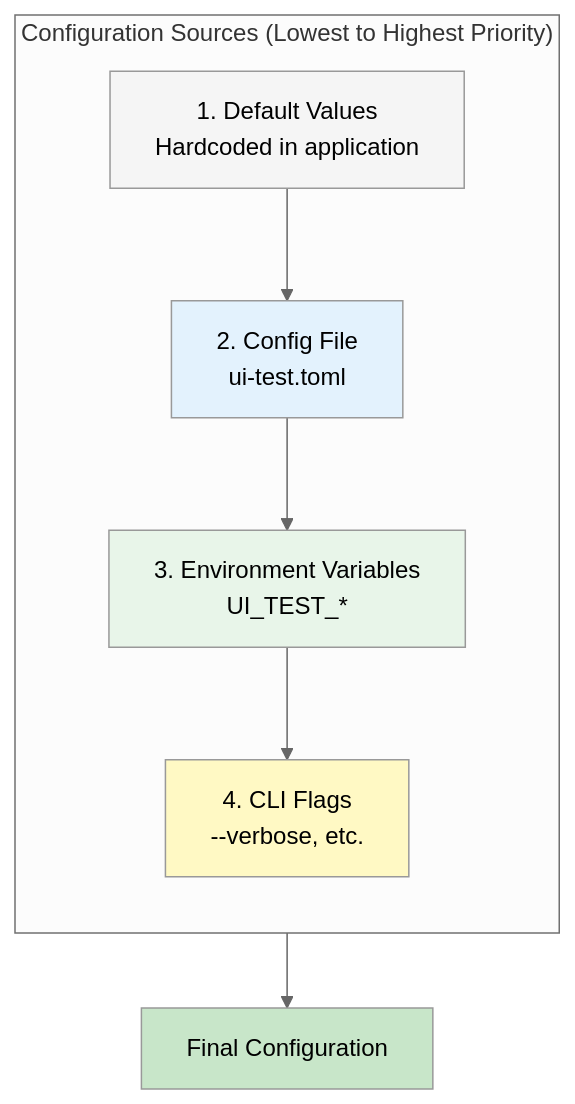
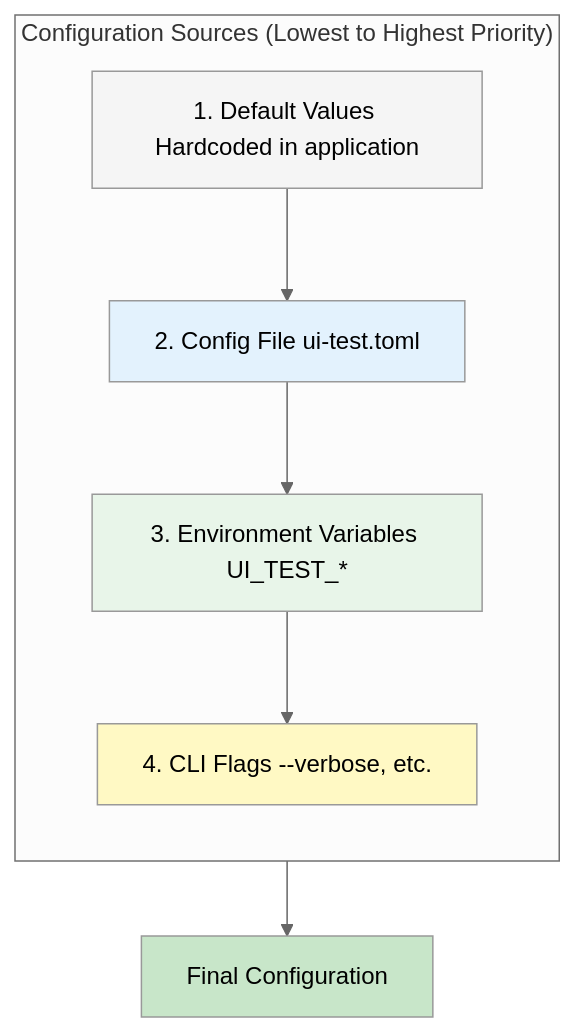
The first of 8 diagrams in wiki/Configuration.md (softwarewrighter/ui-test-rs), drawn with Mermaid (neutral theme) before and after one commit. The commit also changed other lines of this file and 10 other files, not shown here.

First line of the commit message:
Fix wiki Mermaid diagrams: remove <br/> tags

````diff
--- a/wiki/Configuration.md
+++ b/wiki/Configuration.md
@@ -11,23 +11,23 @@
 ```mermaid
 flowchart TB
     subgraph Sources["Configuration Sources (Lowest to Highest Priority)"]
         direction TB
-        D[1. Default Values<br/>Hardcoded in application]
-        F[2. Config File<br/>ui-test.toml]
-        E[3. Environment Variables<br/>UI_TEST_*]
-        C[4. CLI Flags<br/>--verbose, etc.]
+        D[1. Default Values Hardcoded in application]
+        F[2. Config File ui-test.toml]
+        E[3. Environment Variables UI_TEST_*]
+        C[4. CLI Flags --verbose, etc.]
     end
 
     Final[Final Configuration]
 
     D --> F
     F --> E
     E --> C
     C --> Final
 
     style D fill:#f5f5f5
     style F fill:#e3f2fd
     style E fill:#e8f5e9
     style C fill:#fff9c4
     style Final fill:#c8e6c9
 ```
````
